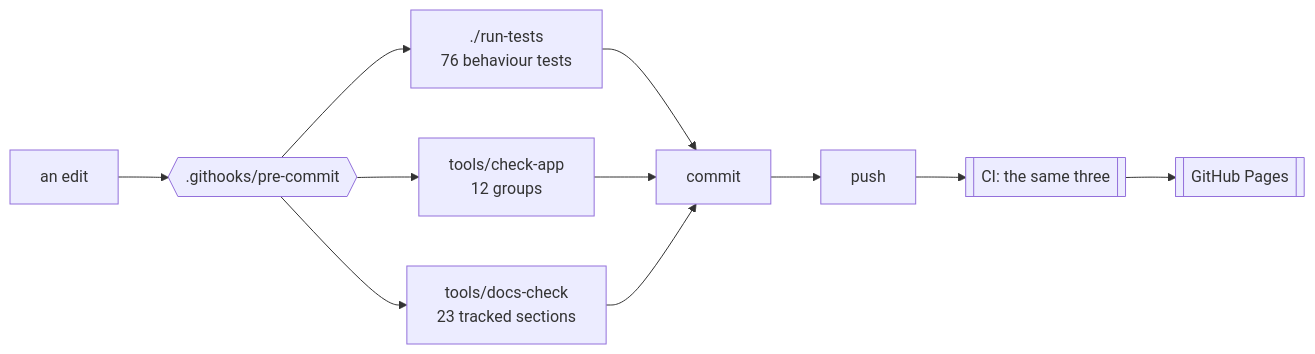
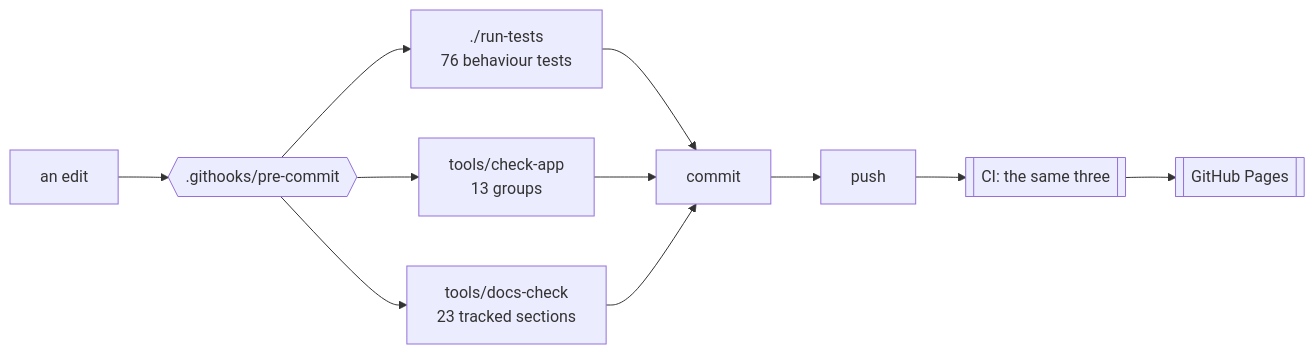
The diagram in docs/DEVELOPING.md (minormending/crystal-pilot-mobile), drawn with Mermaid before and after one commit. The commit also changed other lines of this file and 4 other files, not shown here.

````diff
--- a/docs/DEVELOPING.md
+++ b/docs/DEVELOPING.md
@@ -15,12 +15,12 @@
 ```mermaid
 flowchart LR
     E[an edit] --> H{{".githooks/pre-commit"}}
     H --> T["./run-tests<br/>76 behaviour tests"]
-    H --> C["tools/check-app<br/>12 groups"]
+    H --> C["tools/check-app<br/>13 groups"]
     H --> D["tools/docs-check<br/>23 tracked sections"]
     T --> OK[commit]
     C --> OK
     D --> OK
     OK --> P[push] --> CI[["CI: the same three"]]
     CI --> PG[[GitHub Pages]]
 ```
````
